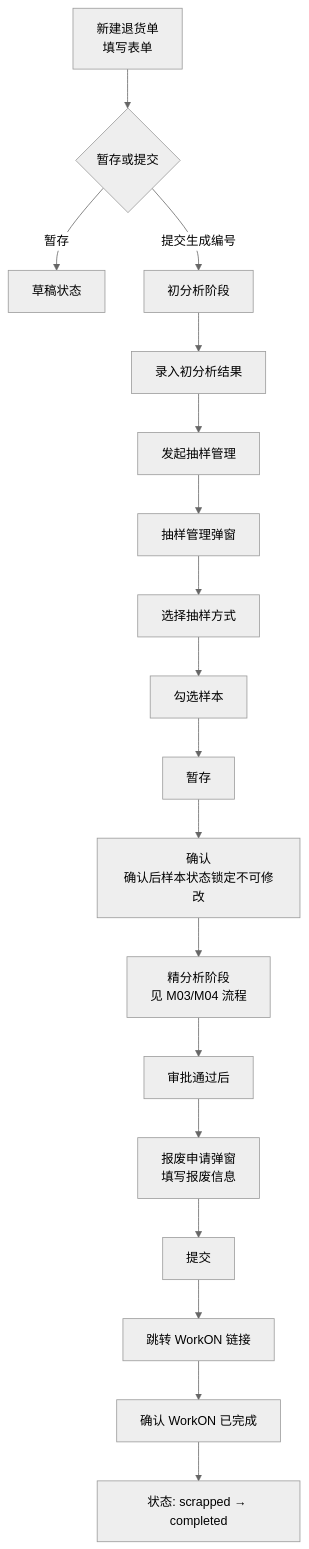
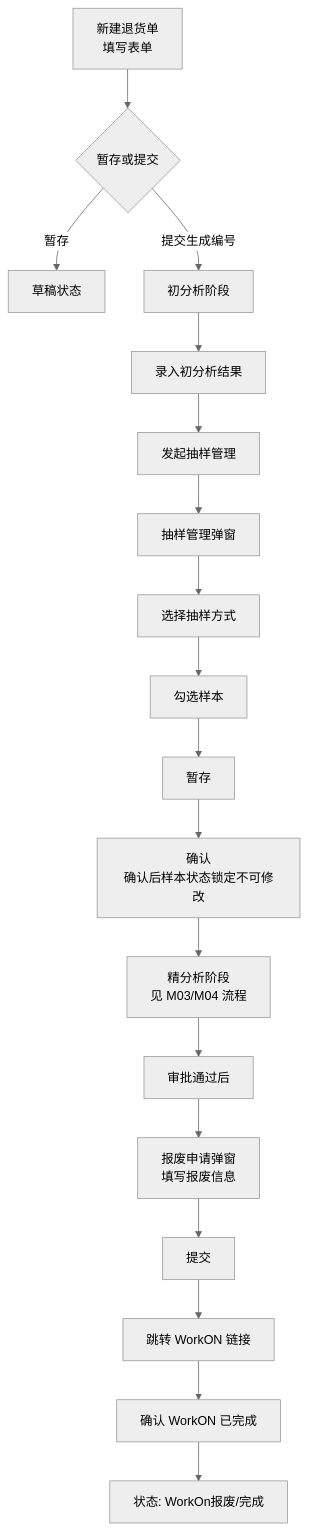
The fourth of 12 diagrams in 开发设计文档.md (xvfeiran/wfam-doc), drawn with Mermaid (neutral theme) before and after one commit. The commit also changed other lines of this file, not shown here.

````diff
--- a/开发设计文档.md
+++ b/开发设计文档.md
@@ -315,20 +308,20 @@
 ```mermaid
 flowchart TD
     Create[新建退货单\n填写表单] --> Choice{暂存或提交}
     Choice -->|暂存| Draft[草稿状态]
     Choice -->|提交生成编号| Initial[初分析阶段]
     Initial --> Record[录入初分析结果]
     Record --> StartSampling[发起抽样管理]
     StartSampling --> SamplingDlg[抽样管理弹窗]
     SamplingDlg --> Method[选择抽样方式]
     Method --> SelectParts[勾选样本]
     SelectParts --> SaveDraft[暂存]
     SaveDraft --> Confirm[确认\n确认后样本状态锁定不可修改]
     Confirm --> Detailed[精分析阶段\n见 M03/M04 流程]
     Detailed --> AfterApproval[审批通过后]
     AfterApproval --> ScrapDlg[报废申请弹窗\n填写报废信息]
     ScrapDlg --> Submit[提交]
     Submit --> WorkON[跳转 WorkON 链接]
     WorkON --> ConfirmWorkON[确认 WorkON 已完成]
-    ConfirmWorkON --> Done[状态: scrapped → completed]
+    ConfirmWorkON --> Done[状态: WorkOn报废/完成]
 ```
````
